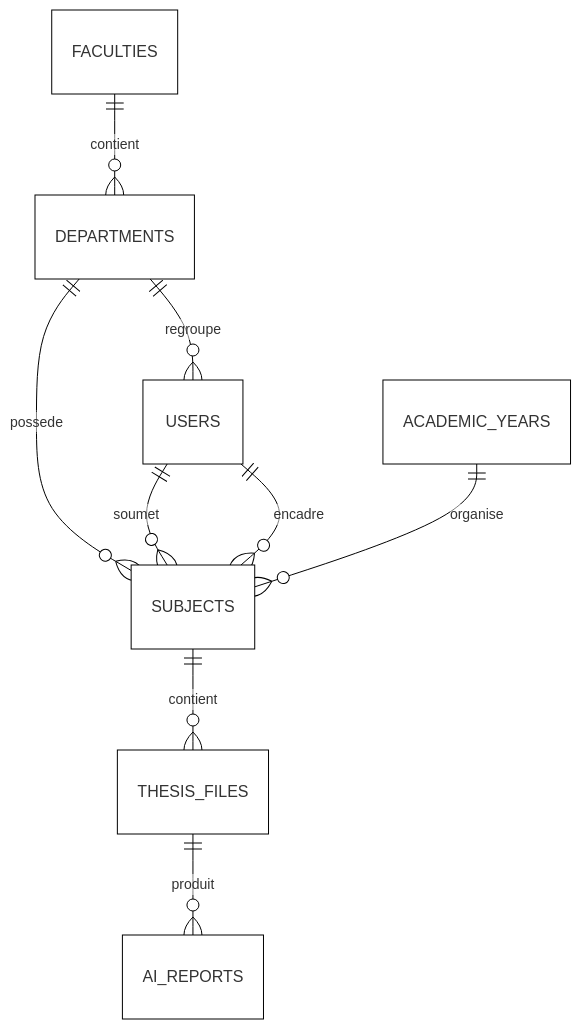
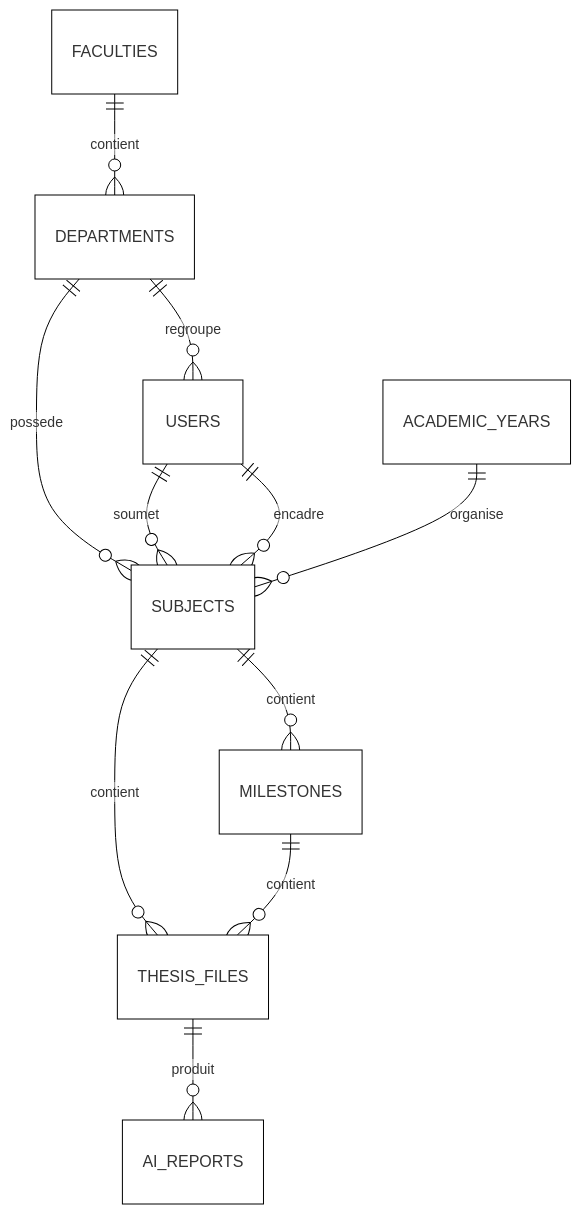
One commit to DavidMwangaza/TFC-Manager changed diagram 11 of 13 in DIAGRAMMES-PAR-FIGURE-NB.md. Above: the diagram before and after it, drawn with Mermaid. The commit also changed other lines of this file and 42 other files, not shown here.

````diff
--- a/DIAGRAMMES-PAR-FIGURE-NB.md
+++ b/DIAGRAMMES-PAR-FIGURE-NB.md
@@ -177,12 +183,14 @@
 ```mermaid
 %%{init: {'theme':'base','themeVariables': {'background':'#ffffff','primaryColor':'#ffffff','primaryBorderColor':'#000000','lineColor':'#000000','textColor':'#000000'}}}%%
 erDiagram
     FACULTIES ||--o{ DEPARTMENTS : contient
     DEPARTMENTS ||--o{ USERS : regroupe
     DEPARTMENTS ||--o{ SUBJECTS : possede
     USERS ||--o{ SUBJECTS : soumet
     USERS ||--o{ SUBJECTS : encadre
     ACADEMIC_YEARS ||--o{ SUBJECTS : organise
+    SUBJECTS ||--o{ MILESTONES : contient
     SUBJECTS ||--o{ THESIS_FILES : contient
+    MILESTONES ||--o{ THESIS_FILES : contient
     THESIS_FILES ||--o{ AI_REPORTS : produit
 ```
````
